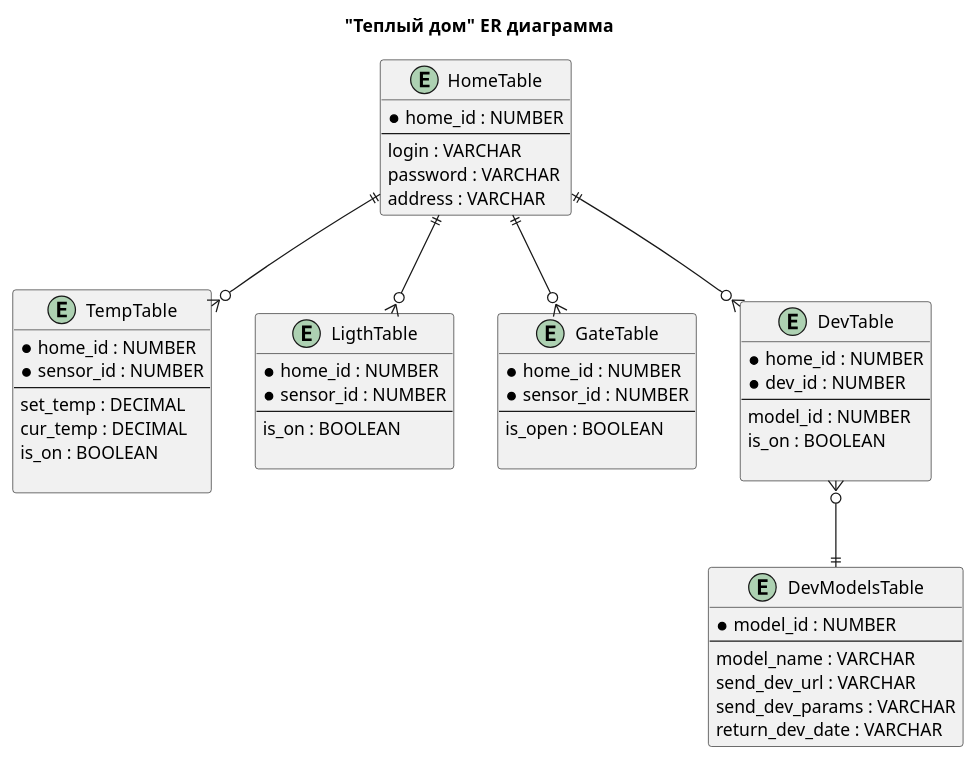
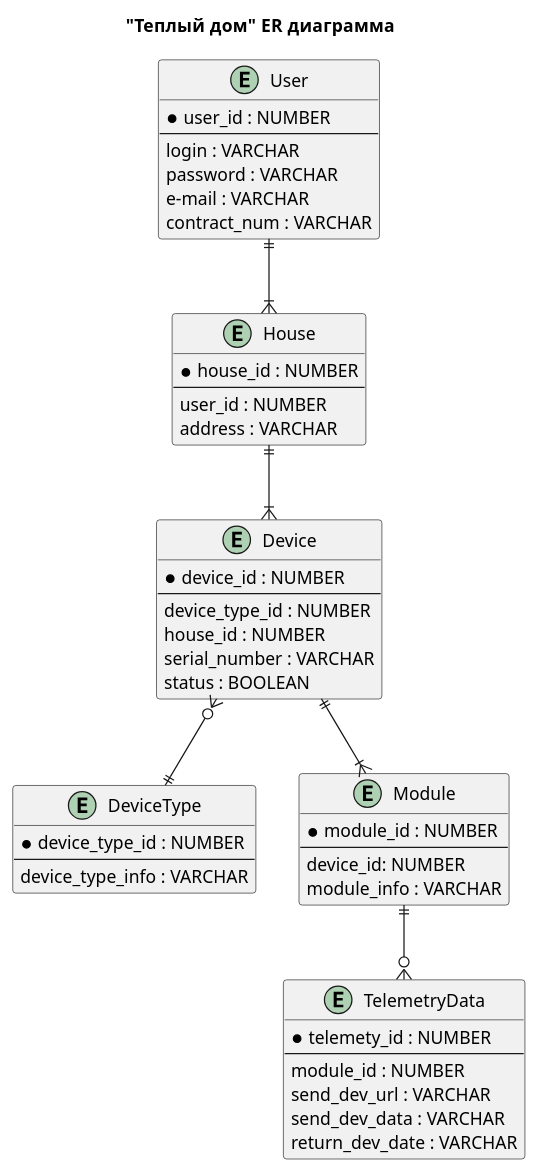
Before and after one commit to Rootman78/architecture-sprint-3: the diagram in task_3/task_3_erd.puml, drawn with PlantUML. The commit also changed 1 other file, not shown here.

```diff
--- a/task_3/task_3_erd.puml
+++ b/task_3/task_3_erd.puml
@@ -1,72 +1,64 @@
 @startuml
 
 title "Теплый дом"  ER диаграмма
 
 top to bottom direction
 
 
-entity "HomeTable" {
-  * home_id : NUMBER
+entity "User" {
+  * user_id : NUMBER
   --
   login : VARCHAR
   password : VARCHAR
+  e-mail : VARCHAR
+  contract_num : VARCHAR
+  }
+
+entity "House" {
+  * house_id : NUMBER
+  --
+  user_id : NUMBER
   address : VARCHAR
+  }
+
+  entity "Device" {
+  * device_id : NUMBER
+  --
+  device_type_id : NUMBER
+  house_id : NUMBER
+  serial_number : VARCHAR
+  status : BOOLEAN
+  }
+
+  entity "DeviceType" {
+  * device_type_id : NUMBER
+  --
+  device_type_info : VARCHAR
+  }
+
+  entity "Module" {
+  * module_id : NUMBER
+  --
+  device_id: NUMBER
+  module_info : VARCHAR
+  }
+
+  entity "TelemetryData" {
+  * telemety_id : NUMBER
+  --
+  module_id : NUMBER
+  send_dev_url : VARCHAR
+  send_dev_data : VARCHAR
+  return_dev_date : VARCHAR
   }
 
 
 
-entity "TempTable" {
-  * home_id : NUMBER
-  * sensor_id : NUMBER
-  --
-  set_temp : DECIMAL
-  cur_temp : DECIMAL
-  is_on : BOOLEAN
-
-}
-
-entity "LigthTable" {
-  * home_id : NUMBER
-  * sensor_id : NUMBER
-  --
-  is_on : BOOLEAN
-
-}
-
-
-entity "GateTable" {
-  * home_id : NUMBER
-  * sensor_id : NUMBER
-  --
-  is_open : BOOLEAN
-
-}
-
-entity "DevTable" {
-  * home_id : NUMBER
-  * dev_id : NUMBER
-  --
-  model_id : NUMBER
-  is_on : BOOLEAN
-
-}
-
-entity "DevModelsTable" {
- * model_id : NUMBER
- --
- model_name : VARCHAR
- send_dev_url : VARCHAR
- send_dev_params : VARCHAR
- return_dev_date : VARCHAR
-}
-
-
-
-HomeTable ||--o{ TempTable
-HomeTable ||--o{ LigthTable
-HomeTable ||--o{ GateTable
-HomeTable ||--o{ DevTable
-DevTable }o--|| DevModelsTable
+User ||--|{ House
+House ||--|{ Device
+Device }o--|| DeviceType
+Device ||--|{ Module
+Module ||--o{ TelemetryData
 
   
 @enduml
```
